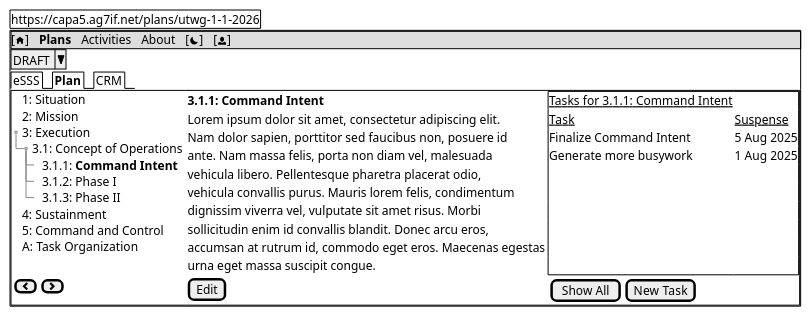
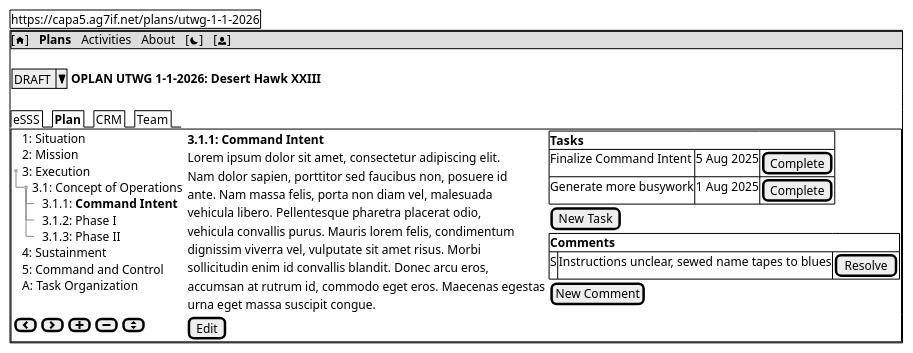
Before and after one commit to DerHabicht/capa5: the diagram in docs/web/plans/plan-preview.puml, drawn with PlantUML. The commit also changed 4 other files, not shown here.

```diff
--- a/docs/web/plans/plan-preview.puml
+++ b/docs/web/plans/plan-preview.puml
@@ -1,49 +1,51 @@
 @startsalt Plan: Plan Tab
 { 
-{+ https://capa5.ag7if.net/plans/utwg-1-1-2026 }
-{+
-{* [<&home>] | <b>Plans</b> | Activities | About | [<&moon>] | [<&person>] }
-^DRAFT^
-{/ eSSS | <b>Plan</b> | CRM }
-{+
-    {T
-    + 1: Situation
-    + 2: Mission
-    + 3: Execution
-    ++ 3.1: Concept of Operations
-    +++ 3.1.1: <b>Command Intent</b>
-    +++ 3.1.2: Phase I
-    +++ 3.1.3: Phase II
-    + 4: Sustainment 
-    + 5: Command and Control
-    + A: Task Organization
-    } | {
-        <b>3.1.1: Command Intent</b>
-        Lorem ipsum dolor sit amet, consectetur adipiscing elit. 
-        Nam dolor sapien, porttitor sed faucibus non, posuere id 
-        ante. Nam massa felis, porta non diam vel, malesuada 
-        vehicula libero. Pellentesque pharetra placerat odio, 
-        vehicula convallis purus. Mauris lorem felis, condimentum 
-        dignissim viverra vel, vulputate sit amet risus. Morbi
-        sollicitudin enim id convallis blandit. Donec arcu eros, 
-        accumsan at rutrum id, commodo eget eros. Maecenas egestas 
-        urna eget massa suscipit congue.
-    } | {+
-        <u>Tasks for 3.1.1: Command Intent</u>
-        <u>Task</u>             | <u>Suspense</u>
-        Finalize Command Intent | 5 Aug 2025
-        Generate more busywork  | 1 Aug 2025
+    {+ https://capa5.ag7if.net/plans/utwg-1-1-2026 }
+    {+
+        {* [<&home>] | <b>Plans</b> | Activities | About | [<&moon>] | [<&person>] }
         .
+        { ^DRAFT^ {<b>OPLAN UTWG 1-1-2026: Desert Hawk XXIII</b>}}
         .
-        .
-        .
-        .
-        .
+        {/ eSSS | <b>Plan</b> | CRM | Team }
+        {+
+            {T
+                + 1: Situation
+                + 2: Mission
+                + 3: Execution
+                ++ 3.1: Concept of Operations
+                +++ 3.1.1: <b>Command Intent</b>
+                +++ 3.1.2: Phase I
+                +++ 3.1.3: Phase II
+                + 4: Sustainment 
+                + 5: Command and Control
+                + A: Task Organization
+            } | {
+                <b>3.1.1: Command Intent</b>
+                Lorem ipsum dolor sit amet, consectetur adipiscing elit. 
+                Nam dolor sapien, porttitor sed faucibus non, posuere id 
+                ante. Nam massa felis, porta non diam vel, malesuada 
+                vehicula libero. Pellentesque pharetra placerat odio, 
+                vehicula convallis purus. Mauris lorem felis, condimentum 
+                dignissim viverra vel, vulputate sit amet risus. Morbi
+                sollicitudin enim id convallis blandit. Donec arcu eros, 
+                accumsan at rutrum id, commodo eget eros. Maecenas egestas 
+                urna eget massa suscipit congue.
+            } | {
+                {#
+                    <b>Tasks</b> | * | *
+                    Finalize Command Intent | 5 Aug 2025 | [Complete]
+                    Generate more busywork  | 1 Aug 2025 | [Complete]
+                }
+                [New Task]
+                {#
+                    <b>Comments</b> | * | *
+                    S | Instructions unclear, sewed name tapes to blues | [Resolve]
+                }
+                [New Comment]
+            }
+
+            {[<&chevron-left>] | [<&chevron-right>] | [<&plus>] | [<&minus>] | [<&elevator>] } | [Edit] | .
+        }
     }
-
-    {[<&chevron-left>] | [<&chevron-right>]} | [Edit] | {[Show All] | [New Task]}
-}
-
-}
 }
 @endsalt
```
